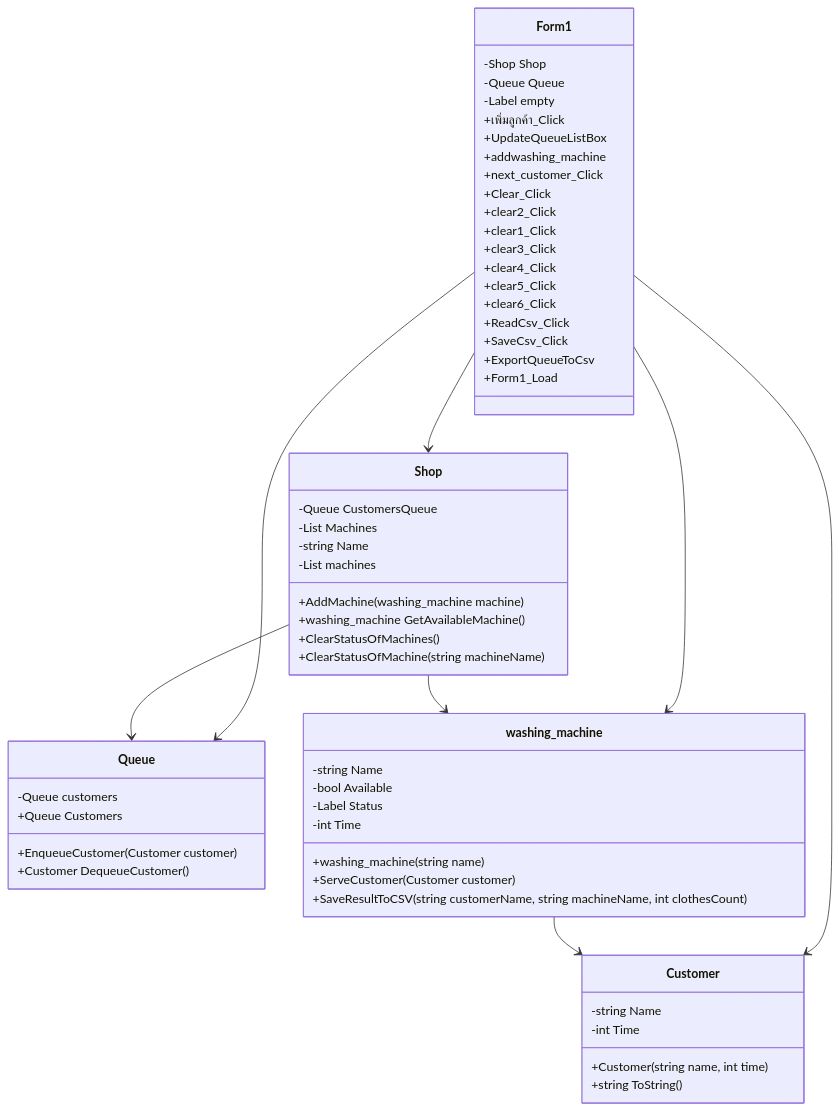
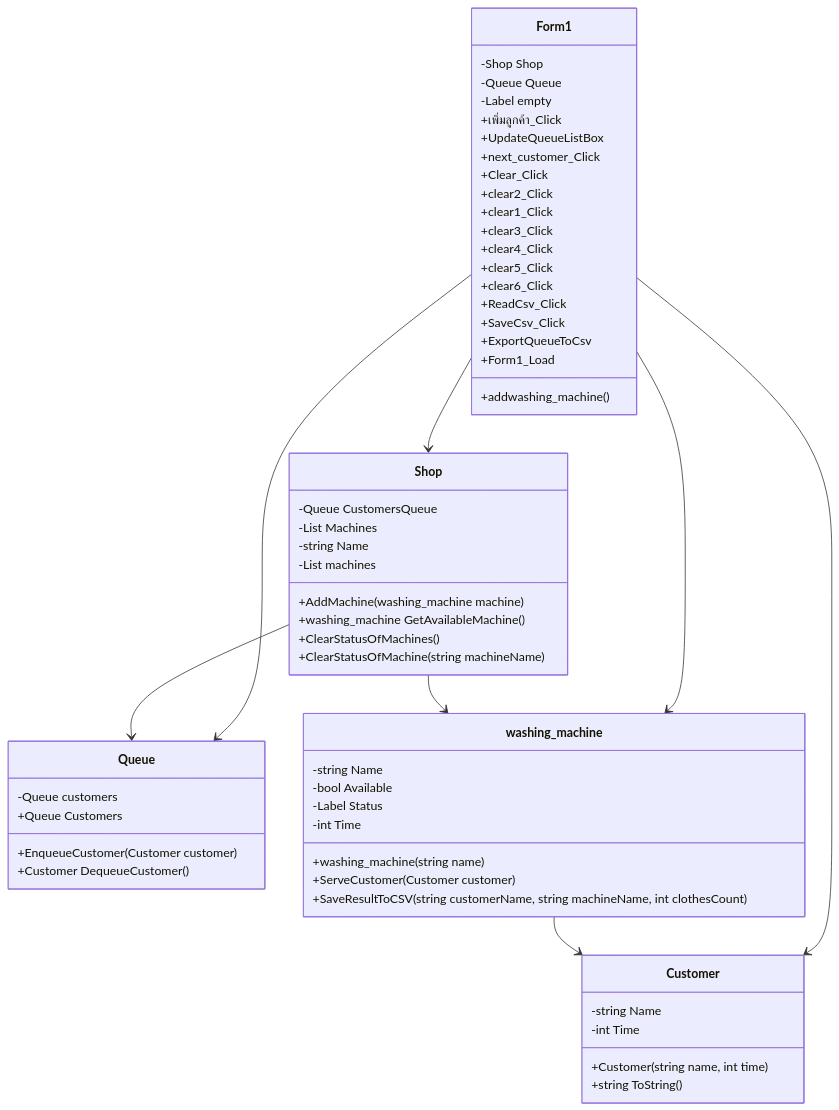
The diagram in README.md (Luxkxyz/Project1), drawn with Mermaid before and after one commit.

````diff
--- a/README.md
+++ b/README.md
@@ -40,71 +40,71 @@
 ```mermaid
 classDiagram
     class Form1 {
         -Shop Shop
         -Queue Queue
         -Label empty
         +เพิ่มลูกค้า_Click
         +UpdateQueueListBox
-        +addwashing_machine
+        +addwashing_machine()
         +next_customer_Click
         +Clear_Click
         +clear2_Click
         +clear1_Click
         +clear3_Click
         +clear4_Click
         +clear5_Click
         +clear6_Click
         +ReadCsv_Click
         +SaveCsv_Click
         +ExportQueueToCsv
         +Form1_Load
     }
 
     class Customer {
         -string Name
         -int Time
         +Customer(string name, int time)
         +string ToString()
     }
 
     class Queue {
         -Queue<Customer> customers
         +EnqueueCustomer(Customer customer)
         +Customer DequeueCustomer()
         +Queue<Customer> Customers
     }
 
     class washing_machine {
         -string Name
         -bool Available
         -Label Status
         -int Time
         +washing_machine(string name)
         +ServeCustomer(Customer customer)
         +SaveResultToCSV(string customerName, string machineName, int clothesCount)
     }
 
     class Shop {
         -Queue<Customer> CustomersQueue
         -List<washing_machine> Machines
         -string Name
         -List<washing_machine> machines
         +AddMachine(washing_machine machine)
         +washing_machine GetAvailableMachine()
         +ClearStatusOfMachines()
         +ClearStatusOfMachine(string machineName)
     }
 
  
 
     
 
     Form1 --> Shop
     Form1 --> Queue
     Form1 --> Customer
     Form1 --> washing_machine
     Shop --> Queue
     Shop --> washing_machine
     washing_machine --> Customer
     
 ```
````
